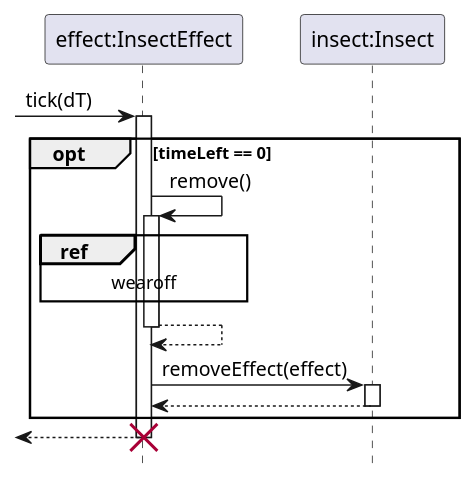
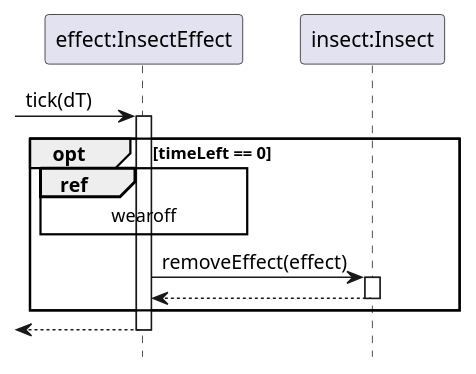
One commit to ZD4ve/projlab-error521 changed the diagram in InsectEffect/effect-wearoff.pu. Above: the diagram before and after it, drawn with PlantUML. The commit also changed 14 other files, not shown here.

```diff
--- a/InsectEffect/effect-wearoff.pu
+++ b/InsectEffect/effect-wearoff.pu
@@ -1,31 +1,25 @@
 @startuml InsectEffect/effect-wearoff
 hide footbox
 
 participant "effect:InsectEffect" as effect
 participant "insect:Insect" as insect
 
-'TODO abstract osztály de nem abstract metódus?
-' kin hívjuk meg a remove()-ot?
-
  -> effect : tick(dT)
 activate effect
 
 opt timeLeft == 0
 
-    effect -> effect : remove()
-    activate effect
+
     ref over effect
         wearoff
     end ref
-    return
 
     effect -> insect : removeEffect(effect)
     activate insect
 
     return
 end
 
-<-- effect
-destroy effect
+return
 
 @enduml
```
